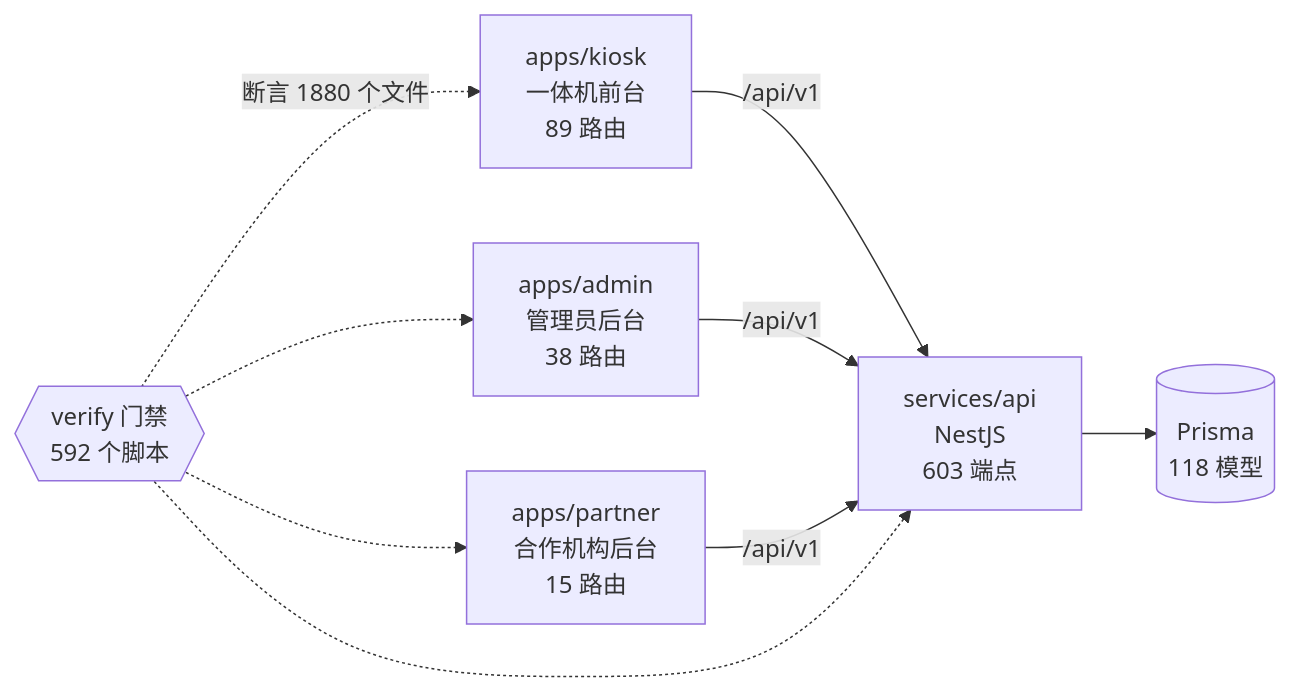
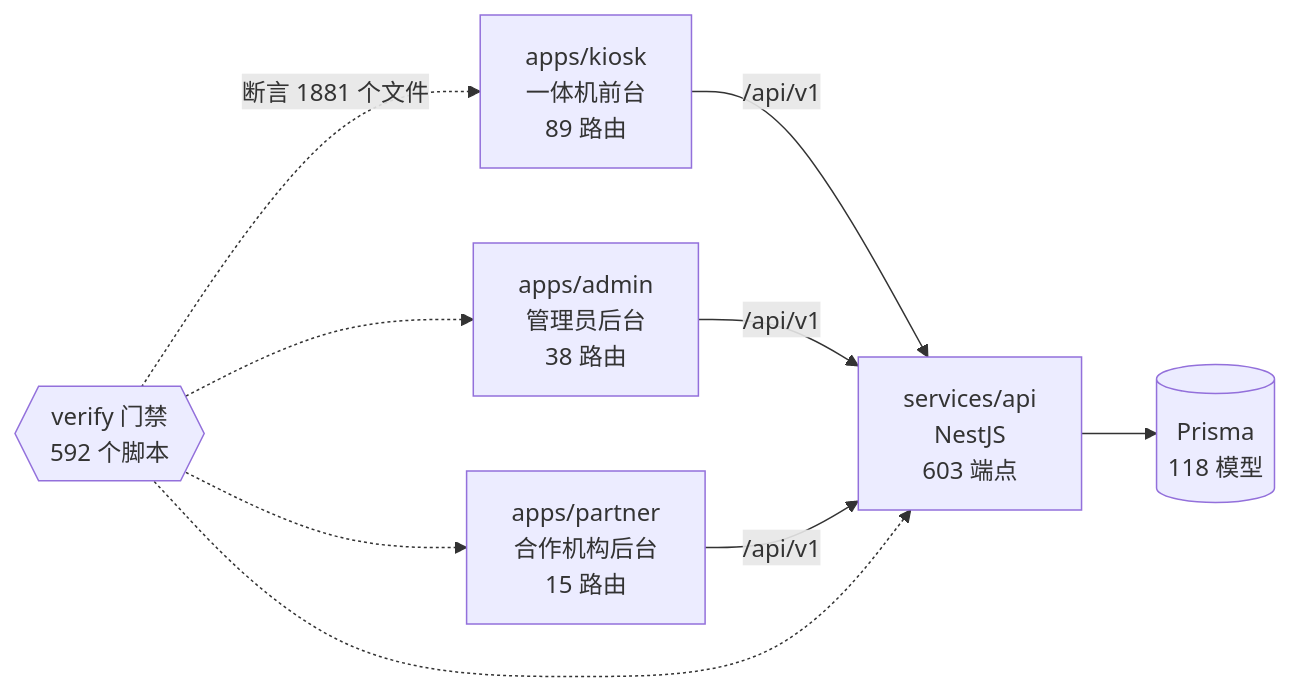
One commit to wanglei581/YITIJI changed the diagram in docs/graph/README.md. Above: the diagram before and after it, drawn with Mermaid. The commit also changed other lines of this file and 7 other files, not shown here.

Commit message:
采纳 agy：被隐藏时量词跟服务走（模拟面试写「少于 5 场」）；重生图谱

````diff
--- a/docs/graph/README.md
+++ b/docs/graph/README.md
@@ -68,18 +68,18 @@
 ```mermaid
 flowchart LR
   kiosk["apps/kiosk<br/>一体机前台<br/>89 路由"]
   admin["apps/admin<br/>管理员后台<br/>38 路由"]
   partner["apps/partner<br/>合作机构后台<br/>15 路由"]
   api["services/api<br/>NestJS<br/>603 端点"]
   db[("Prisma<br/>118 模型")]
   gates{{"verify 门禁<br/>592 个脚本"}}
 
   kiosk -->|"/api/v1"| api
   admin -->|"/api/v1"| api
   partner -->|"/api/v1"| api
   api --> db
-  gates -.->|"断言 1880 个文件"| kiosk
+  gates -.->|"断言 1881 个文件"| kiosk
   gates -.-> admin
   gates -.-> partner
   gates -.-> api
 ```
````
